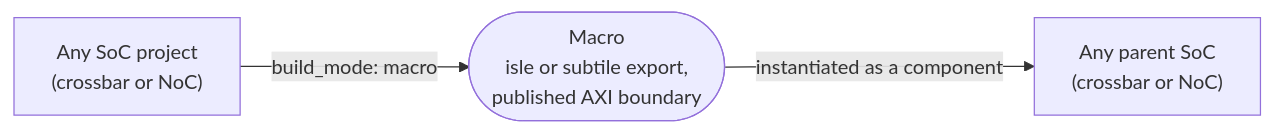
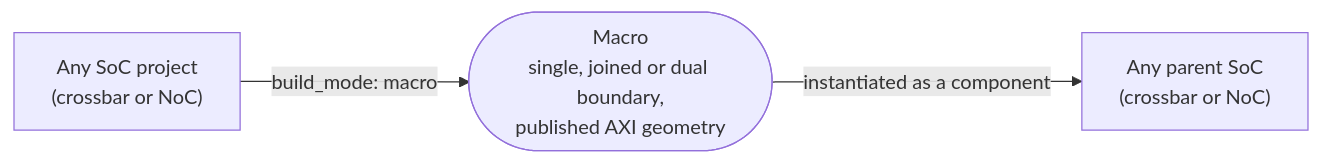
One commit to FondazioneChipsIT/ollivander changed the second of 3 diagrams in README.md. Above: the diagram before and after it, drawn with Mermaid. The commit also changed other lines of this file and 36 other files, not shown here.

First line of the commit message:
[REFACTOR]: one component kind, the Isle; the macro boundary named

````diff
--- a/README.md
+++ b/README.md
@@ -76,4 +76,4 @@
 ```mermaid
 flowchart LR
-    ANY["Any SoC project<br/>(crossbar or NoC)"] -- "build_mode: macro" --> M(["Macro<br/>isle or subtile export,<br/>published AXI boundary"]) -- "instantiated as a component" --> PARENT["Any parent SoC<br/>(crossbar or NoC)"]
+    ANY["Any SoC project<br/>(crossbar or NoC)"] -- "build_mode: macro" --> M(["Macro<br/>single, joined or dual boundary,<br/>published AXI geometry"]) -- "instantiated as a component" --> PARENT["Any parent SoC<br/>(crossbar or NoC)"]
 ```
````
